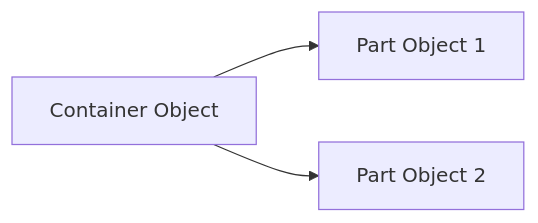
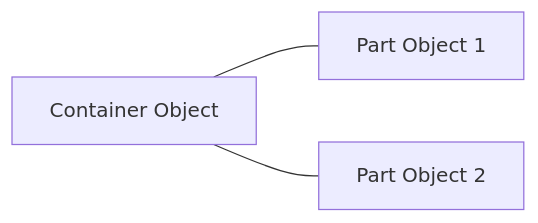
Before and after one commit to UsmanAshfaq14/Artificial-Intelligence-Machine-Learning-Course: the second of 13 diagrams in OOP/Readme.md, drawn with Mermaid. The commit also changed other lines of this file and 8 other files, not shown here.

````diff
--- a/OOP/Readme.md
+++ b/OOP/Readme.md
@@ -51,5 +51,5 @@
 ```mermaid
 flowchart LR
-    A[Container Object] --> B[Part Object 1]
-    A --> C[Part Object 2]
+    A[Container Object] --- B[Part Object 1]
+    A --- C[Part Object 2]
 ```
````
